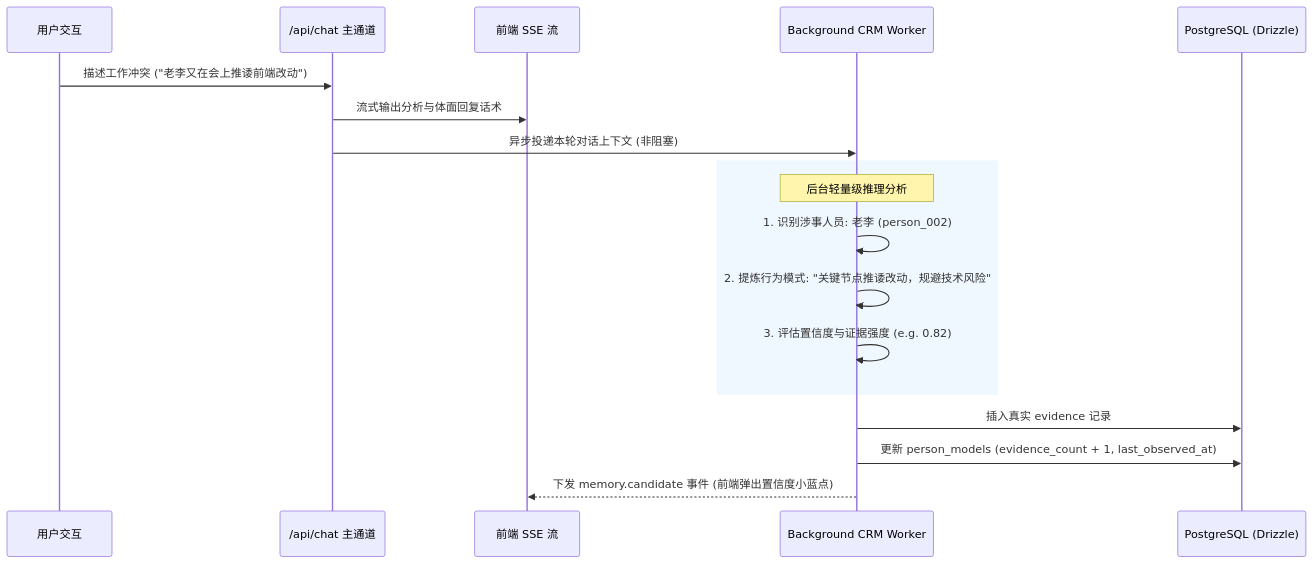
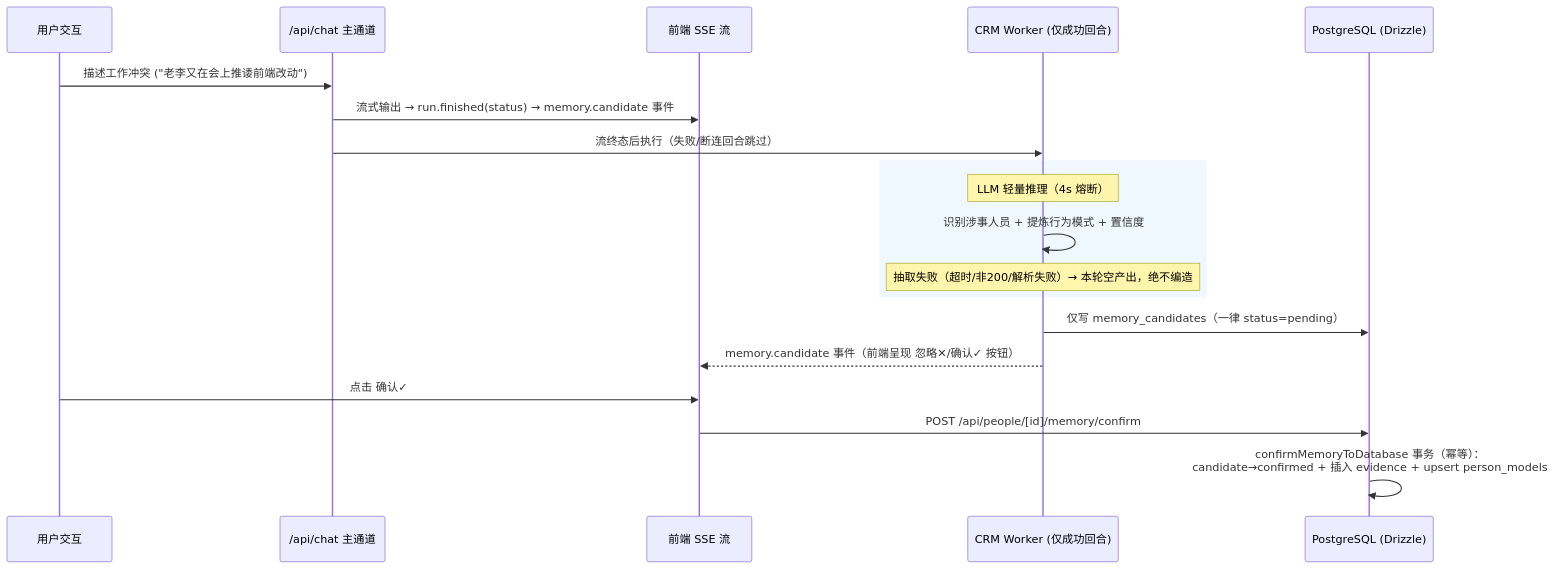
The second of 2 diagrams in docs/architecture/backend-harness-architecture.md (samlaying/PANGBAI), drawn with Mermaid before and after one commit. The commit also changed other lines of this file and 1 other file, not shown here.

First line of the commit message:
docs: align harness spec and analysis with post-refactor reality

````diff
--- a/docs/architecture/backend-harness-architecture.md
+++ b/docs/architecture/backend-harness-architecture.md
@@ -250,23 +239,25 @@
 ```mermaid
 sequenceDiagram
     participant User as 用户交互
     participant Route as /api/chat 主通道
     participant SSE as 前端 SSE 流
-    participant Worker as Background CRM Worker
+    participant Worker as CRM Worker (仅成功回合)
     participant DB as PostgreSQL (Drizzle)
 
     User->>Route: 描述工作冲突 ("老李又在会上推诿前端改动")
-    Route->>SSE: 流式输出分析与体面回复话术
-    Route->>Worker: 异步投递本轮对话上下文 (非阻塞)
+    Route->>SSE: 流式输出 → run.finished(status) → memory.candidate 事件
+    Route->>Worker: 流终态后执行（失败/断连回合跳过）
     
     rect rgb(240, 248, 255)
-    Note over Worker: 后台轻量级推理分析
-    Worker->>Worker: 1. 识别涉事人员: 老李 (person_002)
-    Worker->>Worker: 2. 提炼行为模式: "关键节点推诿改动，规避技术风险"
-    Worker->>Worker: 3. 评估置信度与证据强度 (e.g. 0.82)
+    Note over Worker: LLM 轻量推理（4s 熔断）
+    Worker->>Worker: 识别涉事人员 + 提炼行为模式 + 置信度
+    Note over Worker: 抽取失败（超时/非200/解析失败）→ 本轮空产出，绝不编造
     end
 
-    Worker->>DB: 插入真实 evidence 记录
-    Worker->>DB: 更新 person_models (evidence_count + 1, last_observed_at)
-    Worker-->>SSE: 下发 memory.candidate 事件 (前端弹出置信度小蓝点)
+    Worker->>DB: 仅写 memory_candidates（一律 status=pending）
+    Worker-->>SSE: memory.candidate 事件（前端呈现 忽略✕/确认✓ 按钮）
+
+    User->>SSE: 点击 确认✓
+    SSE->>DB: POST /api/people/[id]/memory/confirm
+    DB->>DB: confirmMemoryToDatabase 事务（幂等）：<br/>candidate→confirmed + 插入 evidence + upsert person_models
 ```
````
